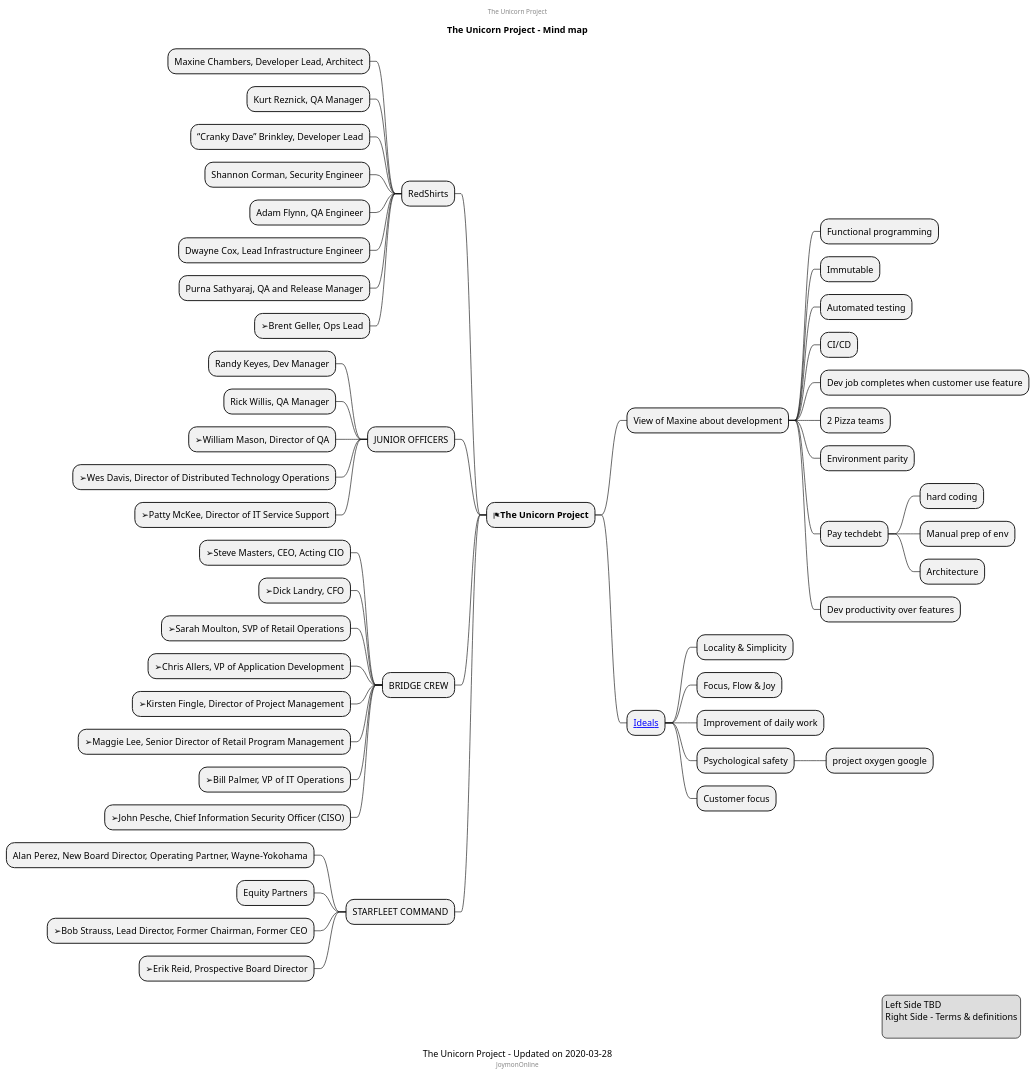
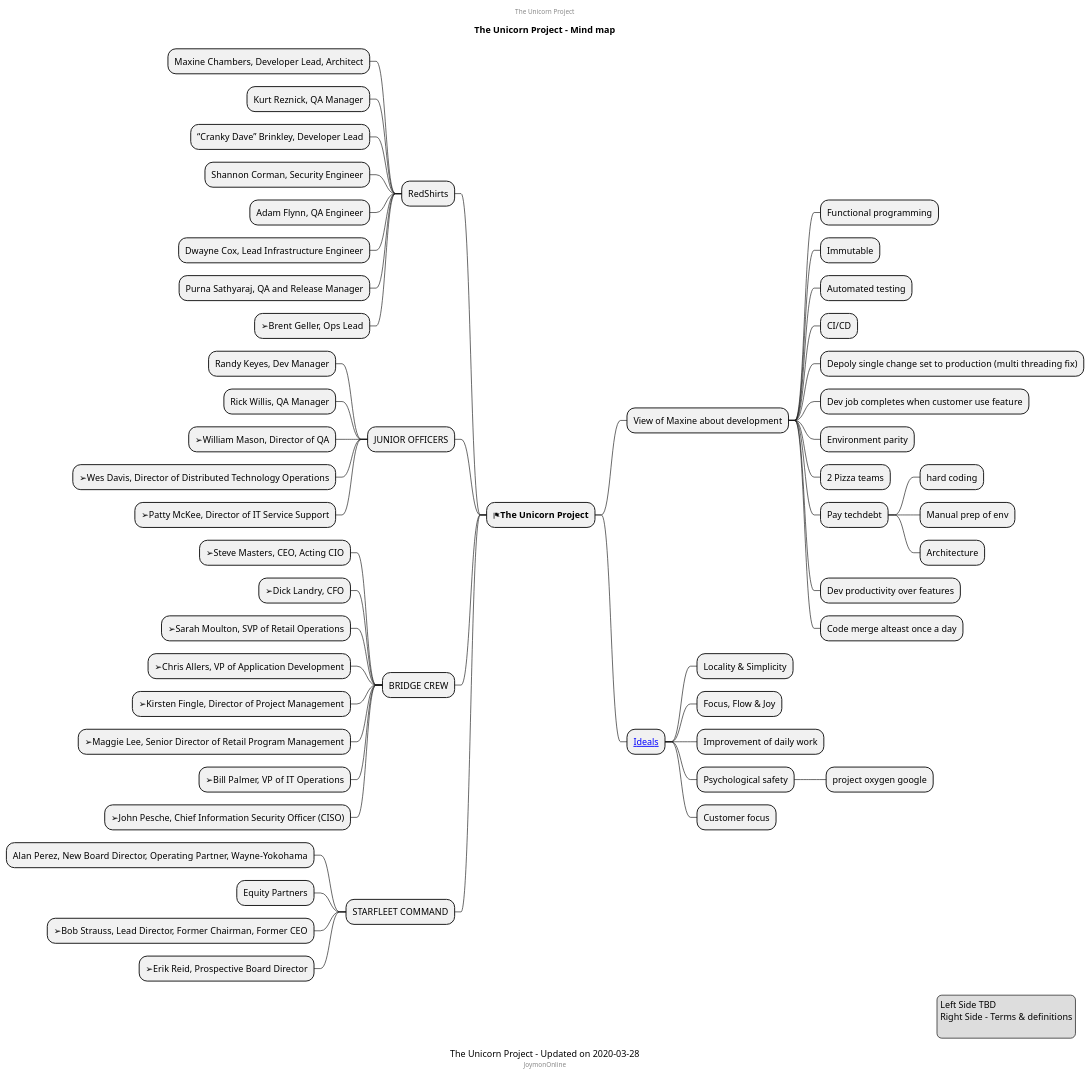
One commit to mind-maps/software changed the diagram in deployment/the-unicorn-project.puml. Above: the diagram before and after it, drawn with PlantUML.

Commit message:
Changes to unicorn project

```diff
--- a/deployment/the-unicorn-project.puml
+++ b/deployment/the-unicorn-project.puml
@@ -1,67 +1,69 @@
 @startmindmap
 caption The Unicorn Project - Updated on 2020-03-28
 title The Unicorn Project - Mind map
 center header
 The Unicorn Project
 endheader
 
 * <&flag><b>The Unicorn Project</b>
 ** View of Maxine about development
 *** Functional programming
 *** Immutable
 *** Automated testing
 *** CI/CD
+*** Depoly single change set to production (multi threading fix)
 *** Dev job completes when customer use feature
+*** Environment parity
 *** 2 Pizza teams
-*** Environment parity
 *** Pay techdebt
 **** hard coding
 **** Manual prep of env
 **** Architecture
 *** Dev productivity over features
+*** Code merge alteast once a day
 ** [[https://www.linkedin.com/pulse/unicorn-project-five-ideals-michal-florys/ Ideals]]
 *** Locality & Simplicity
 *** Focus, Flow & Joy
 *** Improvement of daily work
 *** Psychological safety
 **** project oxygen google
 *** Customer focus
 left side
 ** RedShirts
 *** Maxine Chambers, Developer Lead, Architect
 *** Kurt Reznick, QA Manager
 *** “Cranky Dave” Brinkley, Developer Lead
 *** Shannon Corman, Security Engineer
 *** Adam Flynn, QA Engineer
 *** Dwayne Cox, Lead Infrastructure Engineer
 *** Purna Sathyaraj, QA and Release Manager
 *** ➢Brent Geller, Ops Lead
 ** JUNIOR OFFICERS
 *** Randy Keyes, Dev Manager
 *** Rick Willis, QA Manager
 *** ➢William Mason, Director of QA
 *** ➢Wes Davis, Director of Distributed Technology Operations
 *** ➢Patty McKee, Director of IT Service Support
 ** BRIDGE CREW
 *** ➢Steve Masters, CEO, Acting CIO
 *** ➢Dick Landry, CFO
 *** ➢Sarah Moulton, SVP of Retail Operations
 *** ➢Chris Allers, VP of Application Development
 *** ➢Kirsten Fingle, Director of Project Management
 *** ➢Maggie Lee, Senior Director of Retail Program Management
 *** ➢Bill Palmer, VP of IT Operations
 *** ➢John Pesche, Chief Information Security Officer (CISO)
 ** STARFLEET COMMAND
 *** Alan Perez, New Board Director, Operating Partner, Wayne-Yokohama
 *** Equity Partners
 *** ➢Bob Strauss, Lead Director, Former Chairman, Former CEO
 *** ➢Erik Reid, Prospective Board Director
 center footer JoymonOnline
 
 legend right
   Left Side TBD
   Right Side - Terms & definitions
   
 endlegend
 
 @endmindmap
```
